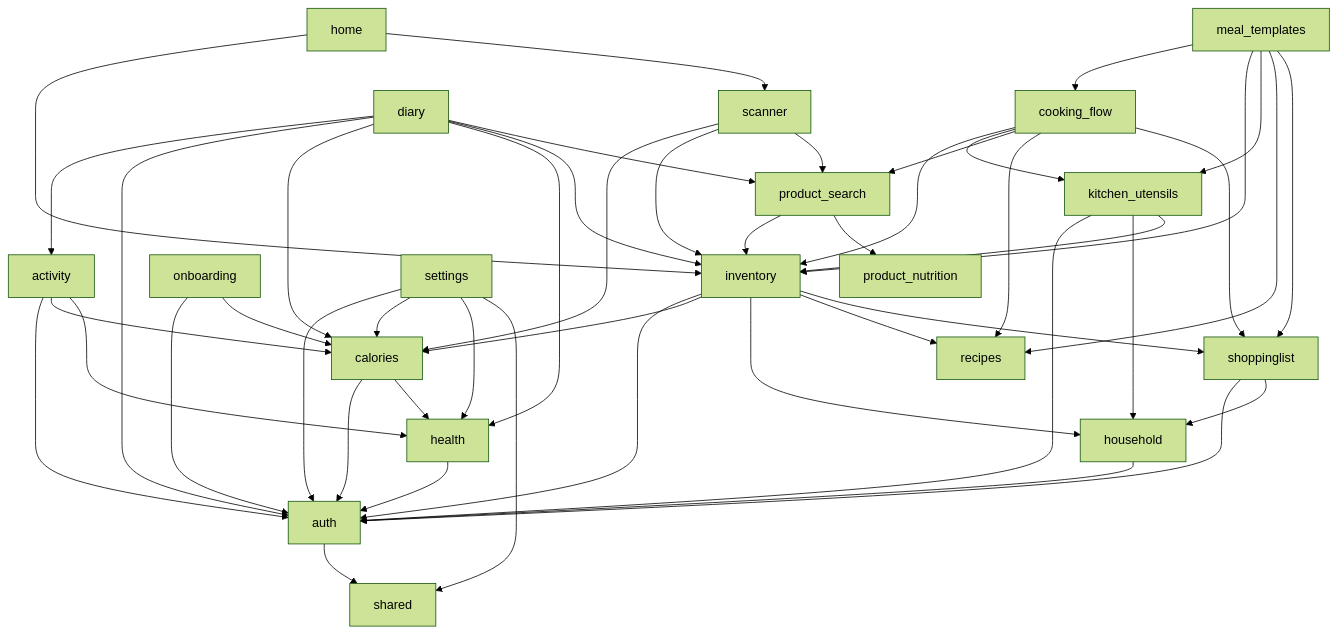
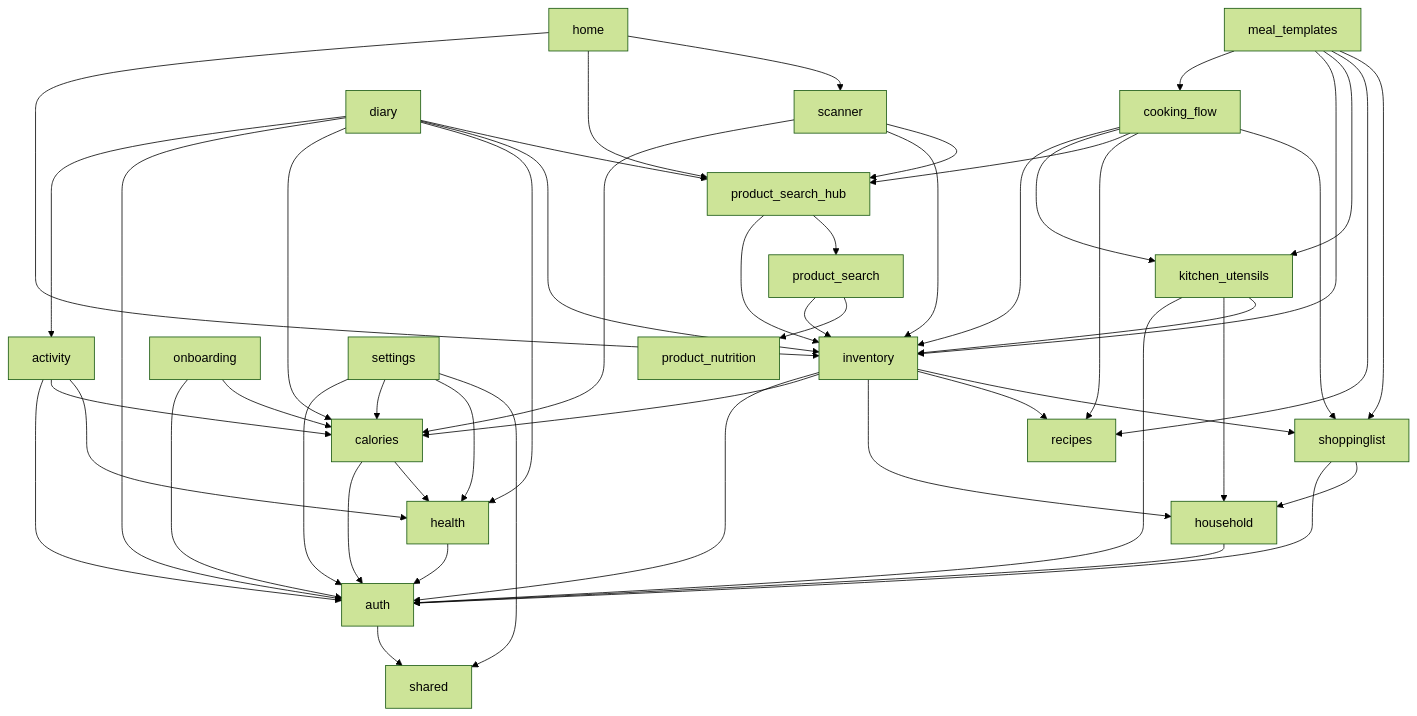
The diagram in lib/features/DEPS.md (repinw/yamt), drawn with Mermaid (forest theme) before and after one commit. The commit also changed 100 other files, not shown here.

Commit message:
feat(product_search_hub): searching in on place bound

````diff
--- a/lib/features/DEPS.md
+++ b/lib/features/DEPS.md
@@ -6,50 +6,53 @@
 ```mermaid
 flowchart TD;
 activity-->auth;
 activity-->calories;
 activity-->health;
 auth-->shared;
 calories-->auth;
 calories-->health;
 cooking_flow-->inventory;
 cooking_flow-->kitchen_utensils;
-cooking_flow-->product_search;
+cooking_flow-->product_search_hub;
 cooking_flow-->recipes;
 cooking_flow-->shoppinglist;
 diary-->activity;
 diary-->auth;
 diary-->calories;
 diary-->health;
 diary-->inventory;
-diary-->product_search;
+diary-->product_search_hub;
 health-->auth;
 home-->inventory;
+home-->product_search_hub;
 home-->scanner;
 household-->auth;
 inventory-->auth;
 inventory-->calories;
 inventory-->household;
 inventory-->recipes;
 inventory-->shoppinglist;
 kitchen_utensils-->auth;
 kitchen_utensils-->household;
 kitchen_utensils-->inventory;
 meal_templates-->cooking_flow;
 meal_templates-->inventory;
 meal_templates-->kitchen_utensils;
 meal_templates-->recipes;
 meal_templates-->shoppinglist;
 onboarding-->auth;
 onboarding-->calories;
 product_search-->inventory;
 product_search-->product_nutrition;
+product_search_hub-->inventory;
+product_search_hub-->product_search;
 scanner-->calories;
 scanner-->inventory;
-scanner-->product_search;
+scanner-->product_search_hub;
 settings-->auth;
 settings-->calories;
 settings-->health;
 settings-->shared;
 shoppinglist-->auth;
 shoppinglist-->household;
 ```
````
